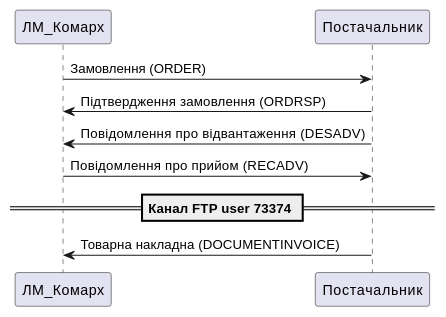
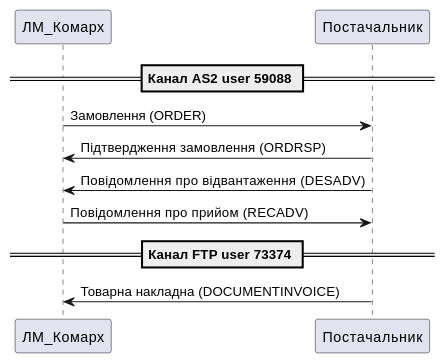
Before and after one commit to EDI-N/DocsClone5: the diagram in docs/uml_test.rst, drawn with PlantUML. The commit also changed other lines of this file, not shown here.

```diff
--- a/docs/uml_test.rst
+++ b/docs/uml_test.rst
@@ -13,18 +13,18 @@
 .. uml::
    :scale: 100 %
    :align: center
 
    @startuml
 
+   == Канал AS2 user 59088 ==
+   
    ЛМ_Комарх -> Постачальник: Замовлення (ORDER)
    ЛМ_Комарх <- Постачальник: Підтвердження замовлення (ORDRSP)
    ЛМ_Комарх <- Постачальник: Повідомлення про відвантаження (DESADV)
    ЛМ_Комарх -> Постачальник: Повідомлення про прийом (RECADV)
 
    == Канал FTP user 73374 ==
 
    ЛМ_Комарх <- Постачальник: Товарна накладна (DOCUMENTINVOICE)
 
    @enduml
-   
-   happy end
```
